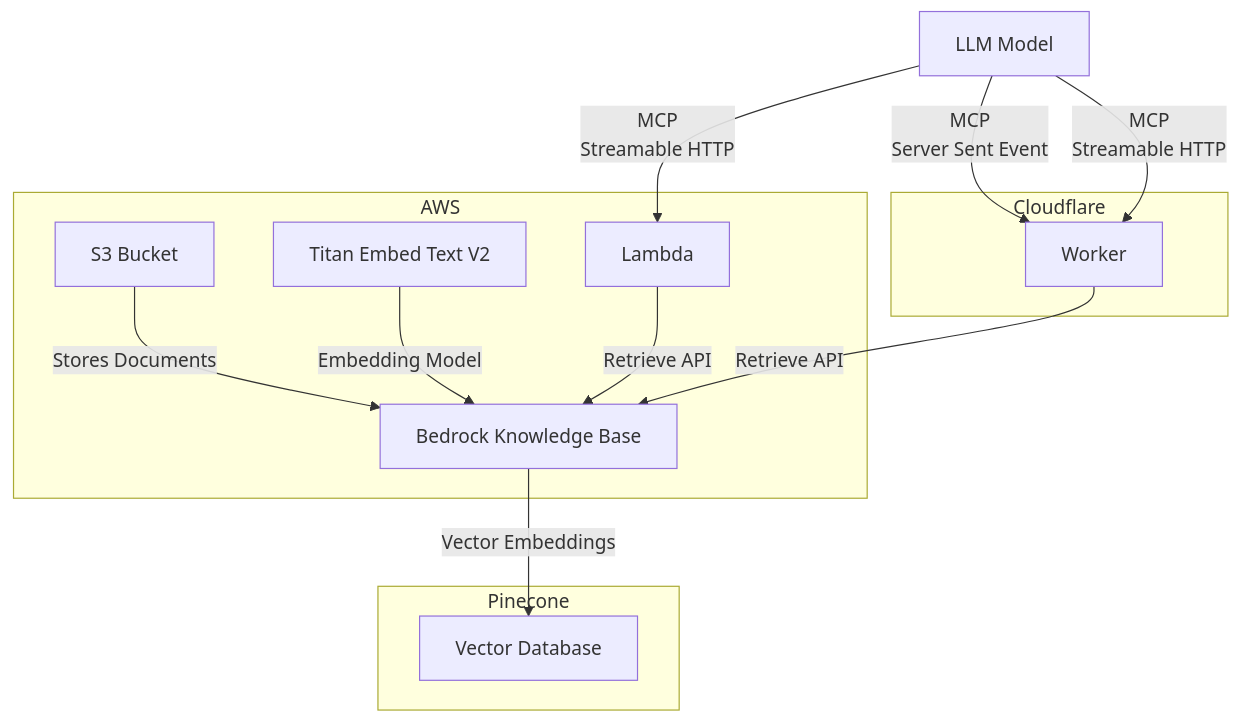
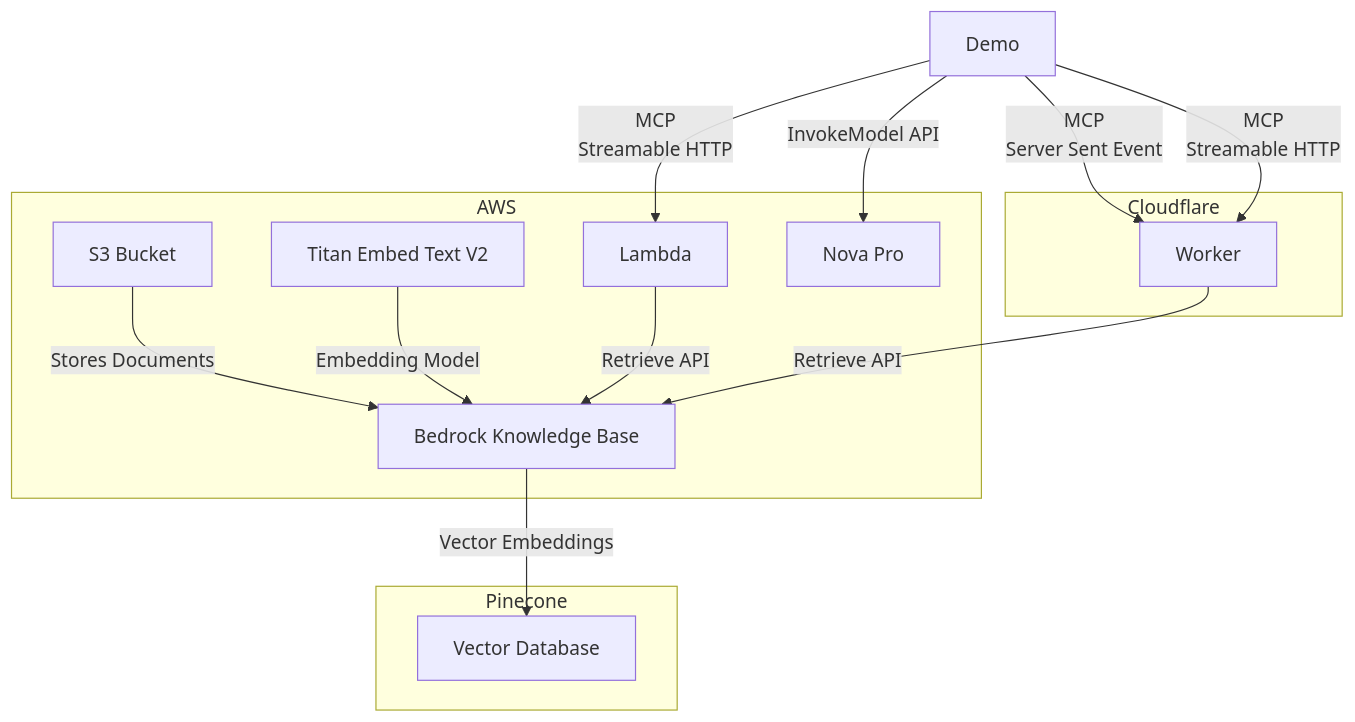
Before and after one commit to daohoangson/aws-knowledge-base-mcp-server: the diagram in README.md, drawn with Mermaid. The commit also changed other lines of this file and 6 other files, not shown here.

````diff
--- a/README.md
+++ b/README.md
@@ -63,20 +68,22 @@
 ```mermaid
 graph TD
   subgraph AWS
     S3[S3 Bucket] -->|Stores Documents| KnowledgeBase
     TitanModel[Titan Embed Text V2] -->|Embedding Model| KnowledgeBase
     Lambda -->|Retrieve API| KnowledgeBase
+    NovaPro[Nova Pro]
   end
 
   subgraph Pinecone
     KnowledgeBase[Bedrock Knowledge Base] -->|Vector Embeddings| PineconeDb[Vector Database]
   end
 
   subgraph Cloudflare
     Worker -->|Retrieve API| KnowledgeBase
   end
 
-  LLM[LLM Model] -->|MCP<br />Streamable HTTP| Lambda
-  LLM -->|MCP<br />Server Sent Event| Worker
-  LLM -->|MCP<br />Streamable HTTP| Worker
+  Demo -->|InvokeModel API| NovaPro
+  Demo -->|MCP<br />Streamable HTTP| Lambda
+  Demo -->|MCP<br />Server Sent Event| Worker
+  Demo -->|MCP<br />Streamable HTTP| Worker
 ```
````
